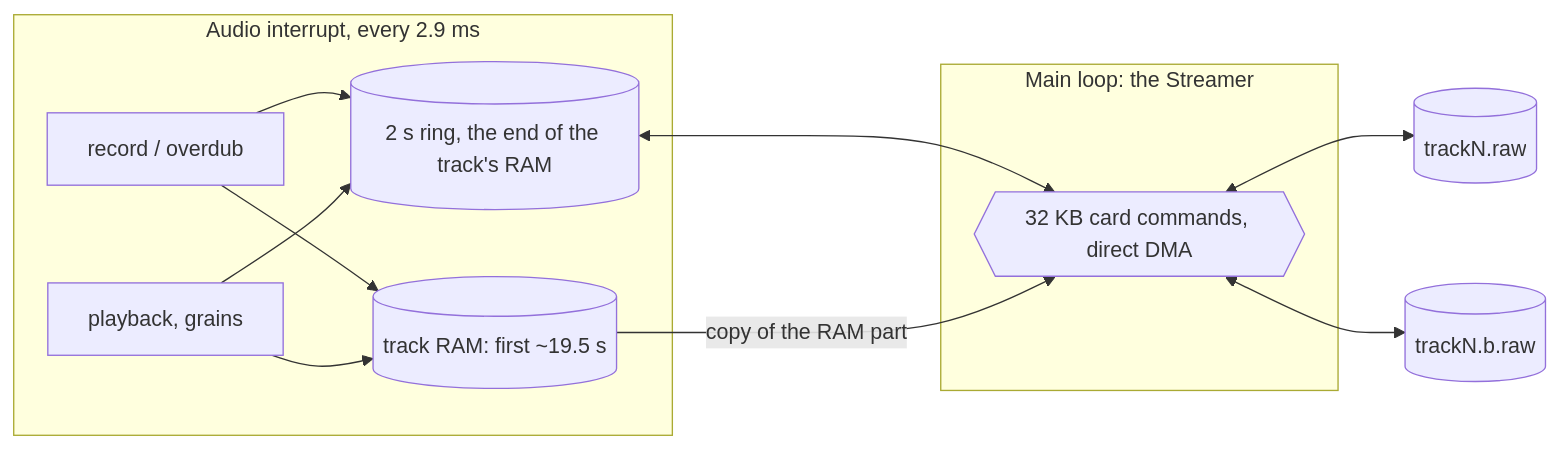
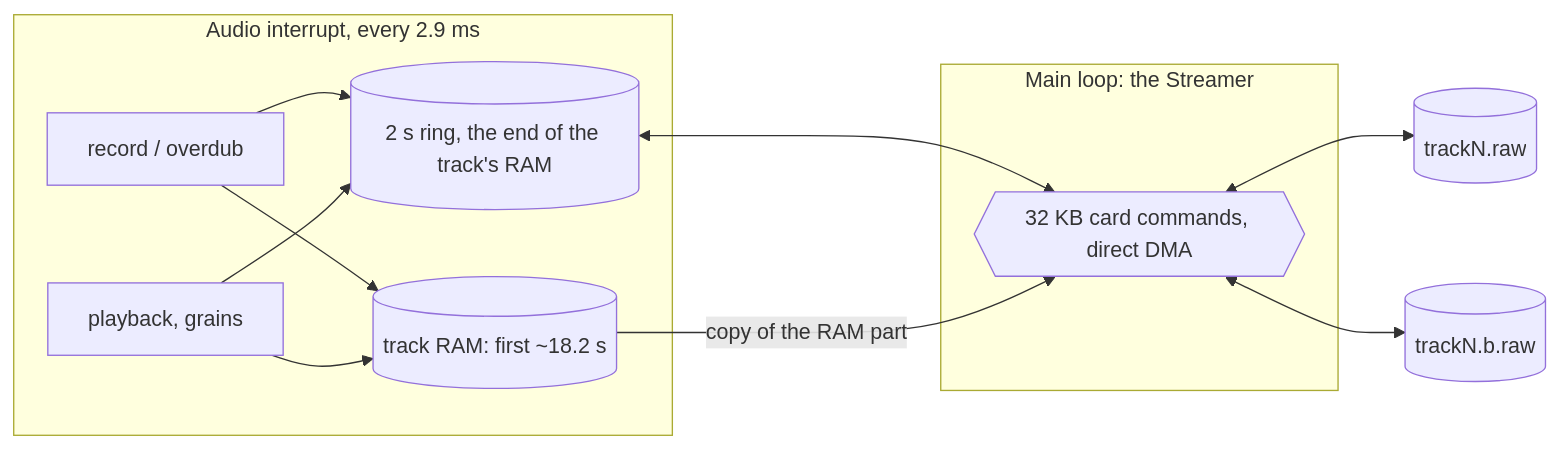
One commit to math0ne/retrack-tracker changed the diagram in docs/REFERENCE.md. Above: the diagram before and after it, drawn with Mermaid. The commit also changed other lines of this file and 26 other files, not shown here.

````diff
--- a/docs/REFERENCE.md
+++ b/docs/REFERENCE.md
@@ -327,16 +360,16 @@
 ```mermaid
 flowchart LR
     subgraph audio["Audio interrupt, every 2.9 ms"]
-        R["record / overdub"] --> M[("track RAM: first ~19.5 s")]
+        R["record / overdub"] --> M[("track RAM: first ~18.2 s")]
         R --> G[("2 s ring, the end of the track's RAM")]
         P["playback, grains"] --> M
         P --> G
     end
     subgraph main["Main loop: the Streamer"]
         S{{"32 KB card commands, direct DMA"}}
     end
     G <--> S
     M -- "copy of the RAM part" --> S
     S <--> A[("trackN.raw")]
     S <--> B[("trackN.b.raw")]
 ```
````
